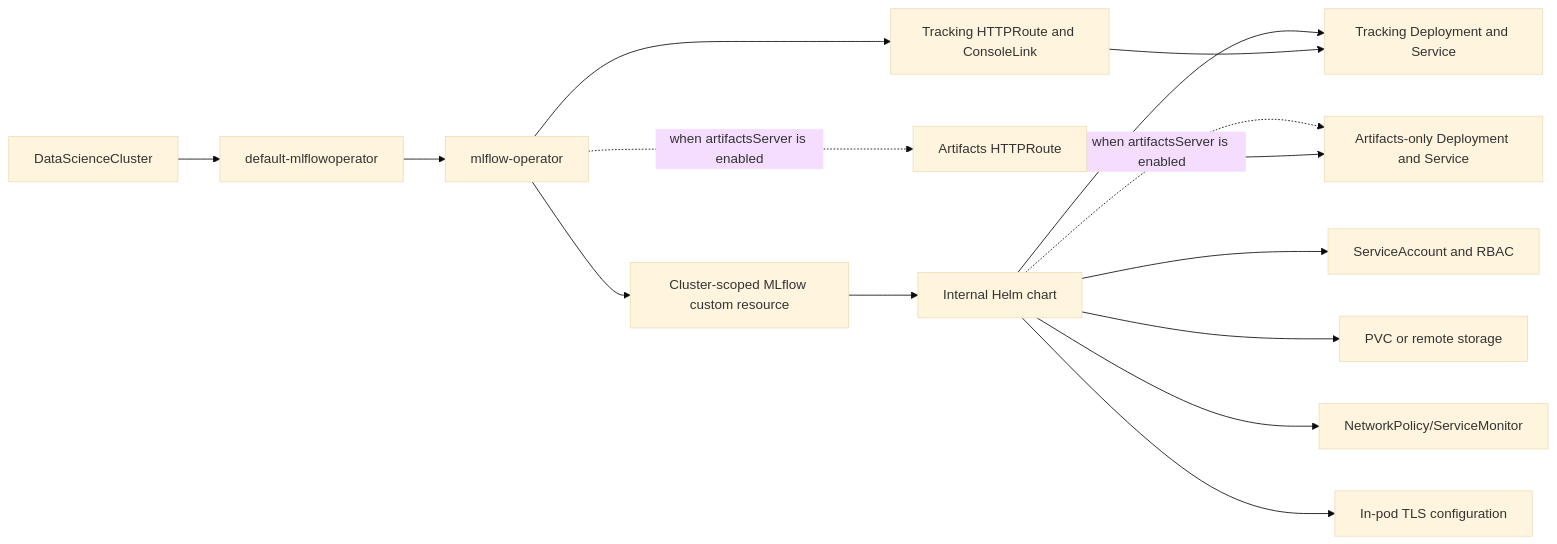
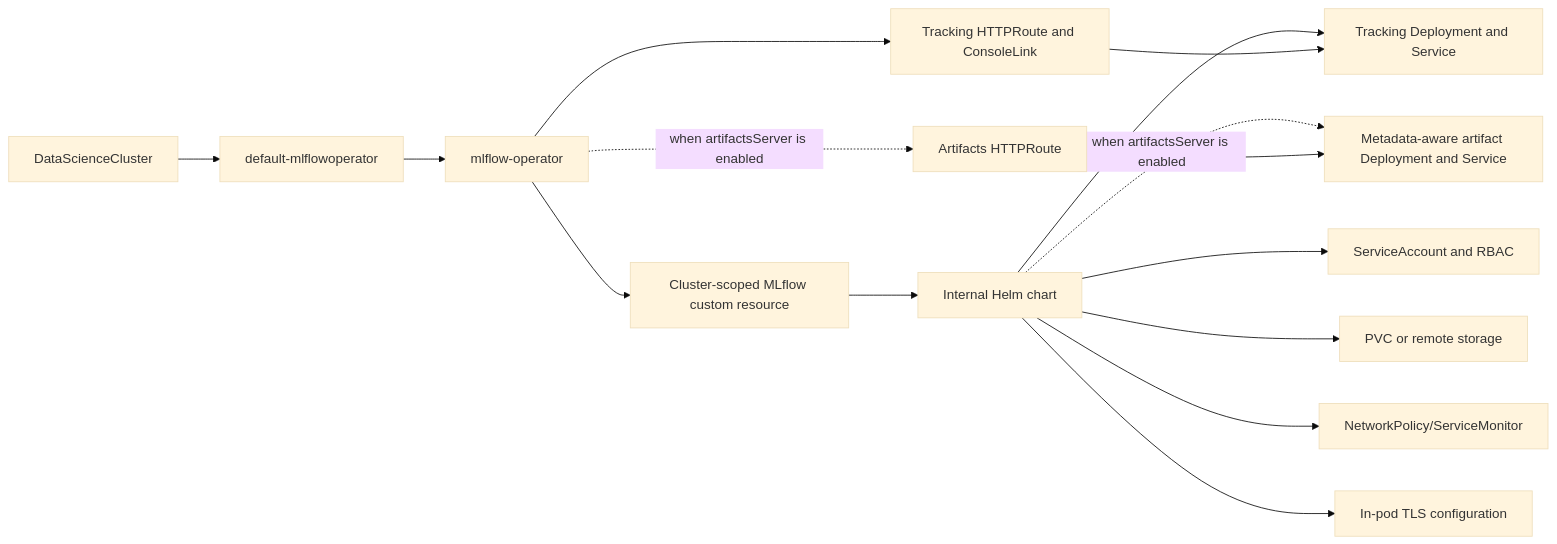
One commit to kramaranya/mlflow-operator changed the first of 3 diagrams in ARCHITECTURE.md. Above: the diagram before and after it, drawn with Mermaid (base theme). The commit also changed other lines of this file and 24 other files, not shown here.

Commit message:
Route UI artifact handlers to the metadata-aware artifact server

````diff
--- a/ARCHITECTURE.md
+++ b/ARCHITECTURE.md
@@ -31,19 +31,19 @@
 ```mermaid
 flowchart LR
   dsc[DataScienceCluster] --> moduleCr["default-mlflowoperator"]
   moduleCr --> operator[mlflow-operator]
   operator --> mlflowCr["Cluster-scoped MLflow custom resource"]
   mlflowCr --> chart["Internal Helm chart"]
 
   chart --> deploy["Tracking Deployment and Service"]
-  chart -. "when artifactsServer is enabled" .-> artifactDeploy["Artifacts-only Deployment and Service"]
+  chart -. "when artifactsServer is enabled" .-> artifactDeploy["Metadata-aware artifact Deployment and Service"]
   chart --> access["ServiceAccount and RBAC"]
   chart --> storage["PVC or remote storage"]
   chart --> policy["NetworkPolicy/ServiceMonitor"]
   chart --> tls["In-pod TLS configuration"]
 
   operator --> route["Tracking HTTPRoute and ConsoleLink"]
   operator -. "when artifactsServer is enabled" .-> artifactRoute["Artifacts HTTPRoute"]
   route --> deploy
   artifactRoute --> artifactDeploy
 ```
````
